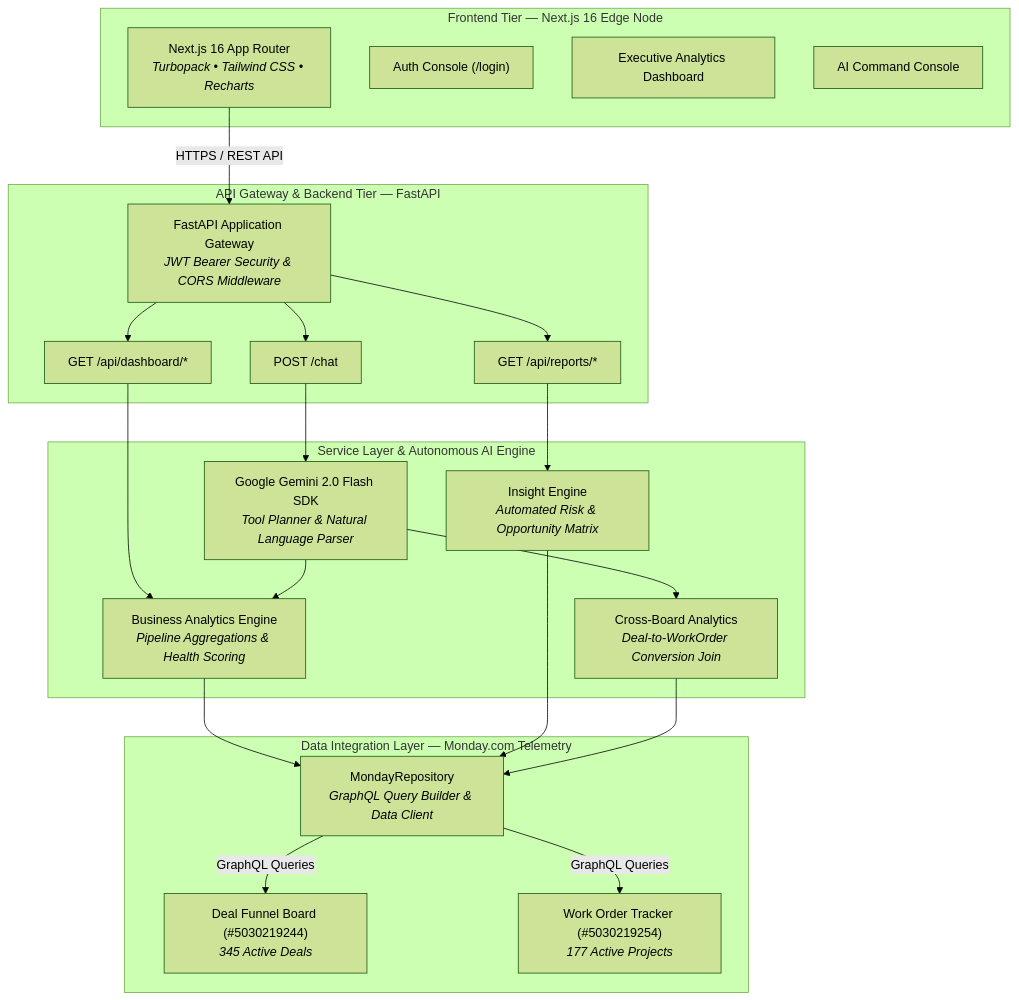
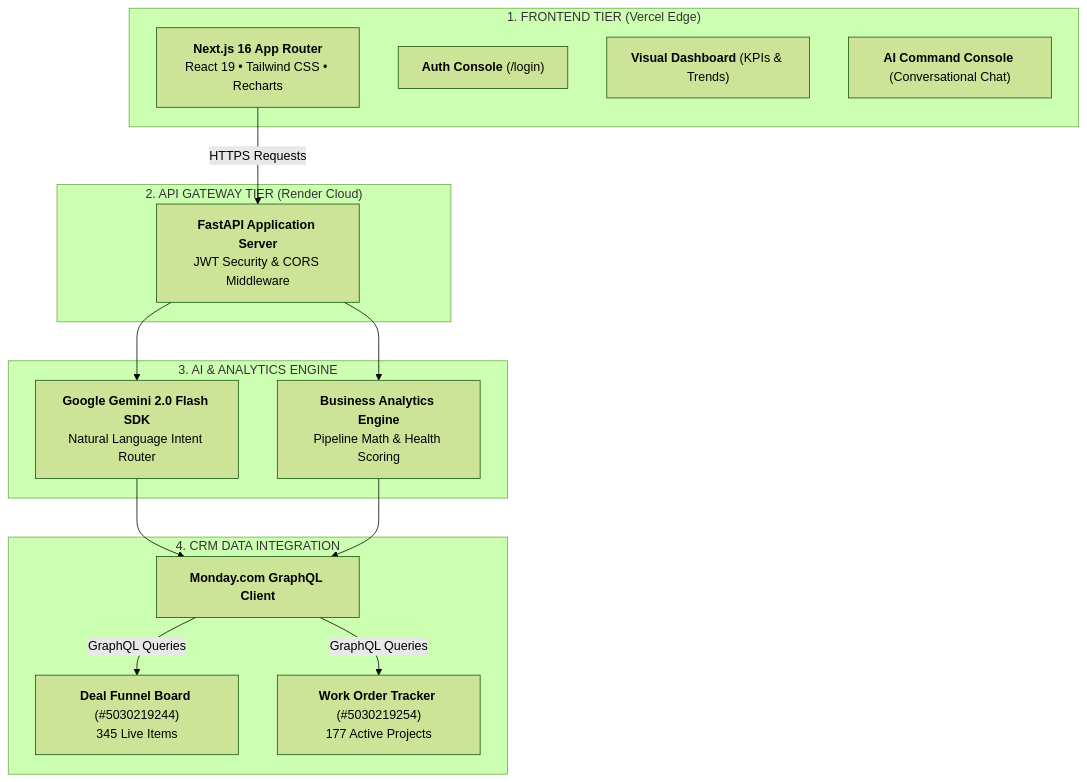
One commit to VedantVH/skylark-bi-copilot changed the second of 2 diagrams in README.md. Above: the diagram before and after it, drawn with Mermaid (forest theme). The commit also changed other lines of this file, not shown here.

Commit message:
docs: simplify architecture flow with 10-second data journey diagram and 4-step execution guide

````diff
--- a/README.md
+++ b/README.md
@@ -109,48 +126,32 @@
 ```mermaid
 graph TD
-    subgraph FE ["Frontend Tier — Next.js 16 Edge Node"]
-        UI["Next.js 16 App Router<br/><i>Turbopack • Tailwind CSS • Recharts</i>"]
-        AuthView["Auth Console (/login)"]
-        DashView["Executive Analytics Dashboard"]
-        AIChatView["AI Command Console"]
+    subgraph FE ["1. FRONTEND TIER (Vercel Edge)"]
+        UI["<b>Next.js 16 App Router</b><br/>React 19 • Tailwind CSS • Recharts"]
+        AuthView["<b>Auth Console</b> (/login)"]
+        DashView["<b>Visual Dashboard</b> (KPIs & Trends)"]
+        AIChatView["<b>AI Command Console</b> (Conversational Chat)"]
     end
 
-    subgraph API ["API Gateway & Backend Tier — FastAPI"]
-        Router["FastAPI Application Gateway<br/><i>JWT Bearer Security & CORS Middleware</i>"]
-        ChatEP["POST /chat"]
-        DashEP["GET /api/dashboard/*"]
-        ReportEP["GET /api/reports/*"]
+    subgraph API ["2. API GATEWAY TIER (Render Cloud)"]
+        Router["<b>FastAPI Application Server</b><br/>JWT Security & CORS Middleware"]
     end
 
-    subgraph SERVICES ["Service Layer & Autonomous AI Engine"]
-        GeminiService["Google Gemini 2.0 Flash SDK<br/><i>Tool Planner & Natural Language Parser</i>"]
-        AnalyticsEngine["Business Analytics Engine<br/><i>Pipeline Aggregations & Health Scoring</i>"]
-        InsightEngine["Insight Engine<br/><i>Automated Risk & Opportunity Matrix</i>"]
-        CrossBoardEngine["Cross-Board Analytics<br/><i>Deal-to-WorkOrder Conversion Join</i>"]
+    subgraph SERVICES ["3. AI & ANALYTICS ENGINE"]
+        GeminiService["<b>Google Gemini 2.0 Flash SDK</b><br/>Natural Language Intent Router"]
+        AnalyticsEngine["<b>Business Analytics Engine</b><br/>Pipeline Math & Health Scoring"]
     end
 
-    subgraph DATA ["Data Integration Layer — Monday.com Telemetry"]
-        MondayClient["MondayRepository<br/><i>GraphQL Query Builder & Data Client</i>"]
-        DealsBoard["Deal Funnel Board (#5030219244)<br/><i>345 Active Deals</i>"]
-        WOBoard["Work Order Tracker (#5030219254)<br/><i>177 Active Projects</i>"]
+    subgraph DATA ["4. CRM DATA INTEGRATION"]
+        MondayClient["<b>Monday.com GraphQL Client</b>"]
+        DealsBoard["<b>Deal Funnel Board</b> (#5030219244)<br/>345 Live Items"]
+        WOBoard["<b>Work Order Tracker</b> (#5030219254)<br/>177 Active Projects"]
     end
 
-    %% Flow Connections
-    UI -->|HTTPS / REST API| Router
-    Router --> ChatEP
-    Router --> DashEP
-    Router --> ReportEP
-
-    ChatEP --> GeminiService
-    DashEP --> AnalyticsEngine
-    ReportEP --> InsightEngine
-
-    GeminiService --> AnalyticsEngine
-    GeminiService --> CrossBoardEngine
+    UI -->|HTTPS Requests| Router
+    Router --> GeminiService
+    Router --> AnalyticsEngine
+    GeminiService --> MondayClient
     AnalyticsEngine --> MondayClient
-    InsightEngine --> MondayClient
-    CrossBoardEngine --> MondayClient
-
     MondayClient -->|GraphQL Queries| DealsBoard
     MondayClient -->|GraphQL Queries| WOBoard
 ```
````
